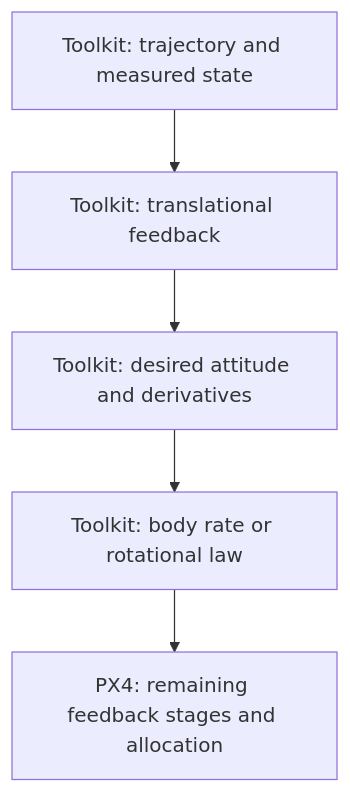
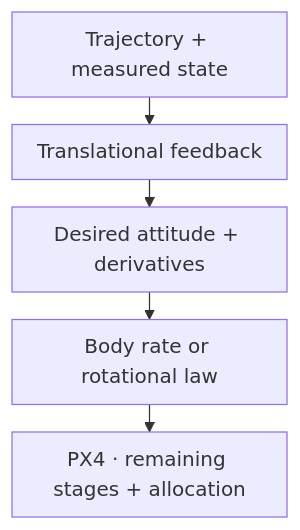
The diagram in docs/controllers/se3.md (ANCL/px4-dev-toolkit), drawn with Mermaid before and after one commit. The commit also changed 41 other files, not shown here.

Commit message:
docs: refine typography, diagrams, and editorial presentation

````diff
--- a/docs/controllers/se3.md
+++ b/docs/controllers/se3.md
@@ -14,7 +14,16 @@
 ```mermaid
+---
+config:
+  flowchart:
+    useMaxWidth: false
+    wrappingWidth: 180
+    padding: 10
+    rankSpacing: 22
+    nodeSpacing: 24
+---
 flowchart TB
-    T[Toolkit: trajectory and measured state] --> F[Toolkit: translational feedback]
-    F --> R[Toolkit: desired attitude and derivatives]
-    R --> C[Toolkit: body rate or rotational law]
-    C --> P[PX4: remaining feedback stages and allocation]
+    T["Trajectory + measured state"] --> F["Translational feedback"]
+    F --> R["Desired attitude + derivatives"]
+    R --> C["Body rate or rotational law"]
+    C --> P["PX4 · remaining stages + allocation"]
 ```
````
